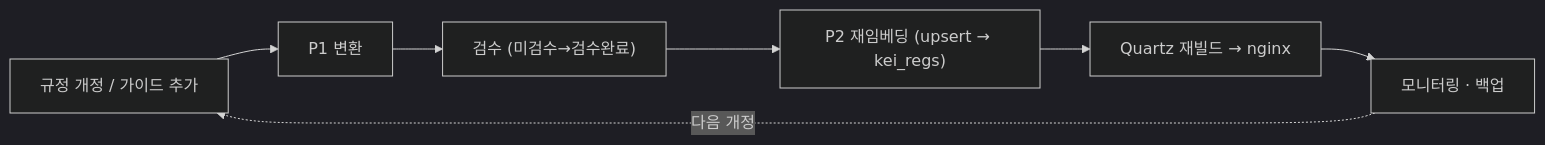
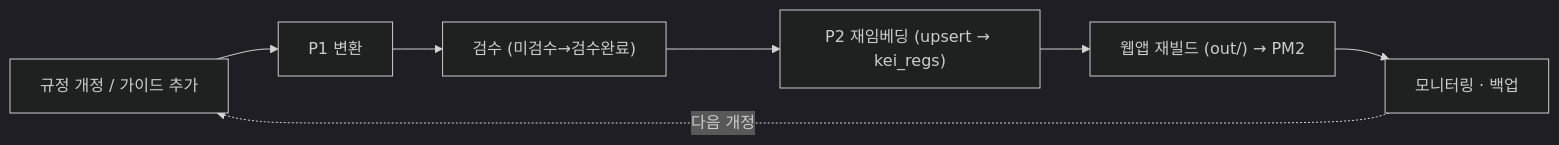
Before and after one commit to mooner92/KEIAdminSuperv: the fourth of 4 diagrams in WORKPLAN.md, drawn with Mermaid (dark theme). The commit also changed other lines of this file and 6 other files, not shown here.

````diff
--- a/WORKPLAN.md
+++ b/WORKPLAN.md
@@ -441,9 +493,9 @@
 ```mermaid
 flowchart LR
     Rev["규정 개정 / 가이드 추가"] --> Conv["P1 변환"]
     Conv --> Insp["검수 (미검수→검수완료)"]
     Insp --> Re["P2 재임베딩 (upsert → kei_regs)"]
-    Re --> Build["Quartz 재빌드 → nginx"]
+    Re --> Build["웹앱 재빌드 (out/) → PM2"]
     Build --> Mon["모니터링 · 백업"]
     Mon -. "다음 개정" .-> Rev
 ```
````
